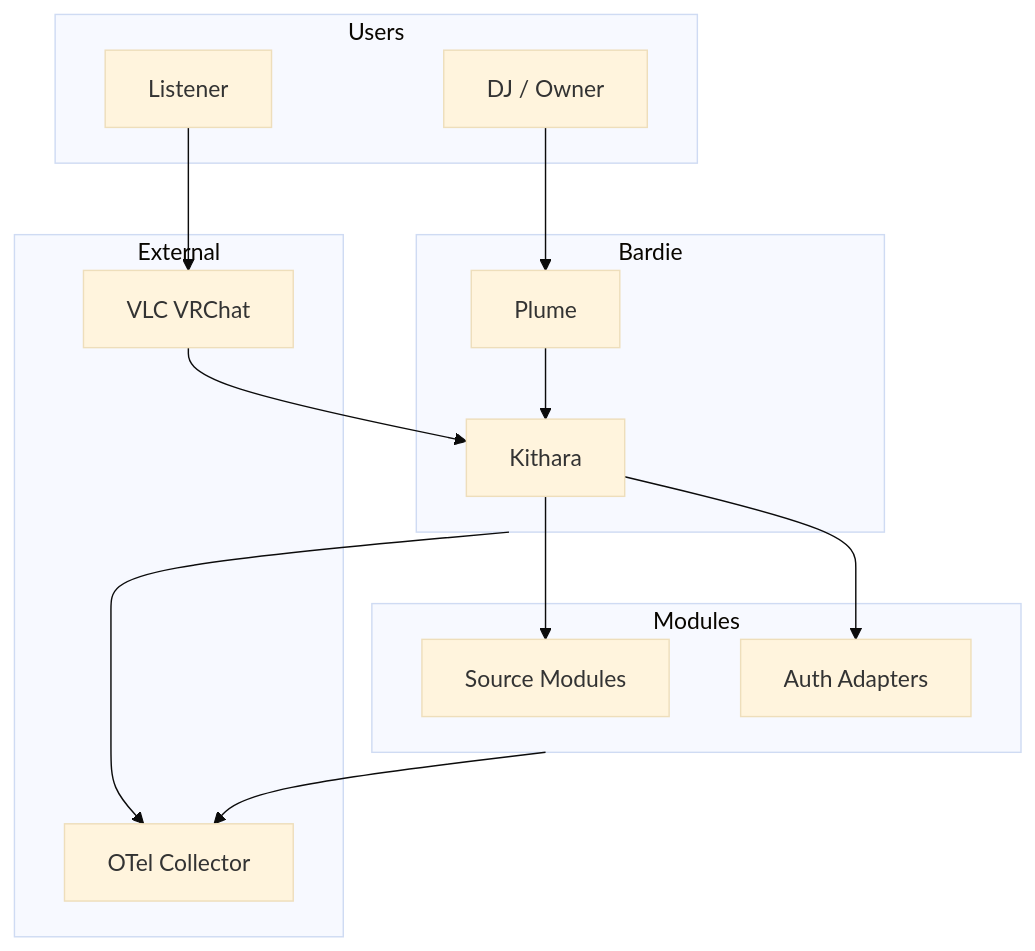
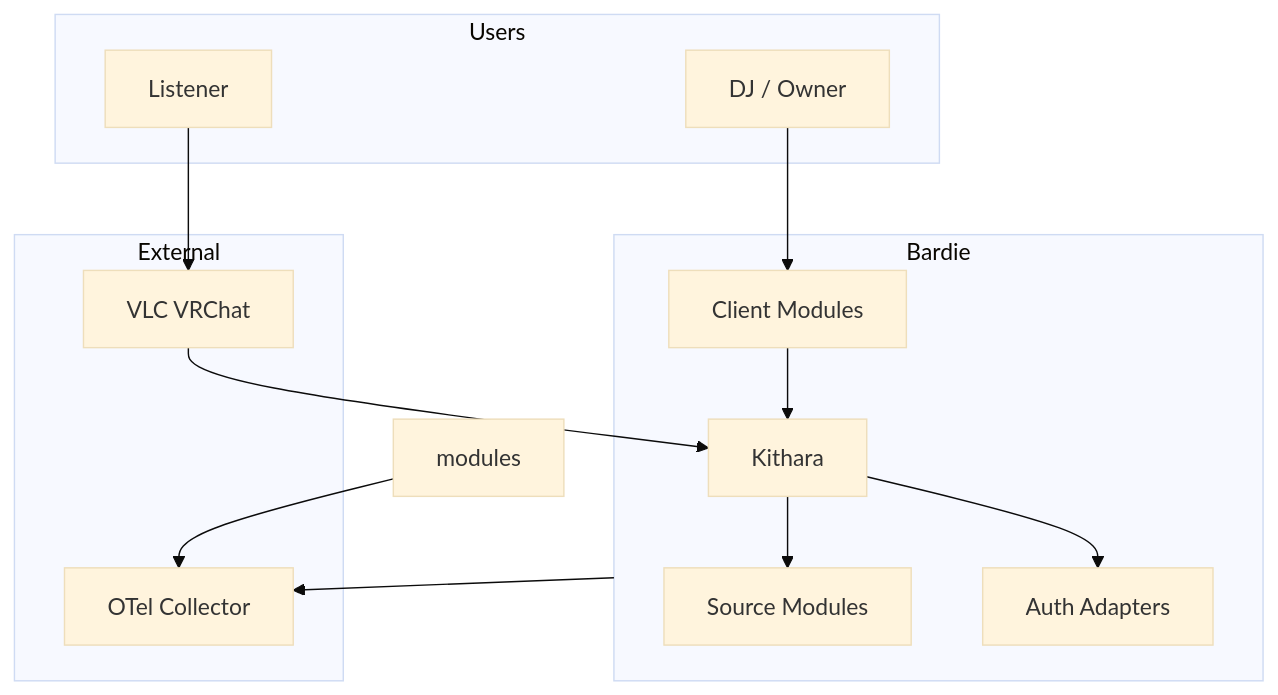
The diagram in docs/architecture/overview/01-system-context.md (Bardie-radio/bardie-kithara), drawn with Mermaid (base theme) before and after one commit. The commit also changed other lines of this file and 5 other files, not shown here.

````diff
--- a/docs/architecture/overview/01-system-context.md
+++ b/docs/architecture/overview/01-system-context.md
@@ -3,27 +3,25 @@
 ```mermaid
 flowchart TB
   subgraph users [Users]
     Listener[Listener]
     DJ[DJ / Owner]
   end
   subgraph bardie [Bardie]
     Kithara[Kithara]
-    Plume[Plume]
-  end
-  subgraph modules [Modules]
+    Clients[Client Modules]
     Src[Source Modules]
     Auth[Auth Adapters]
   end
   subgraph external [External]
     Players[VLC VRChat]
     OTel[OTel Collector]
   end
-  DJ --> Plume
+  DJ --> Clients
   Listener --> Players
-  Plume --> Kithara
+  Clients --> Kithara
   Players --> Kithara
   Kithara --> Src
   Kithara --> Auth
   bardie --> OTel
   modules --> OTel
 ```
````
